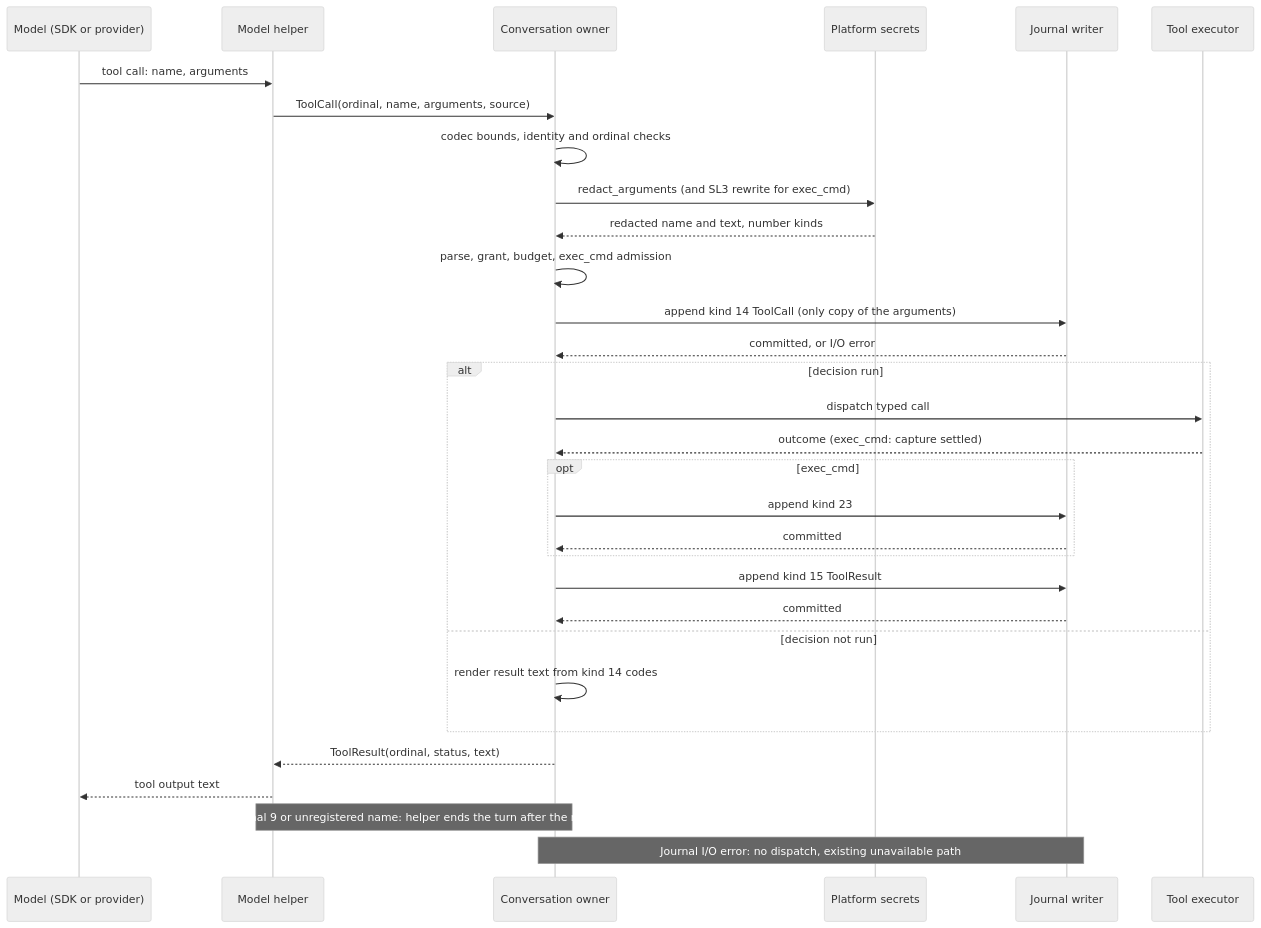
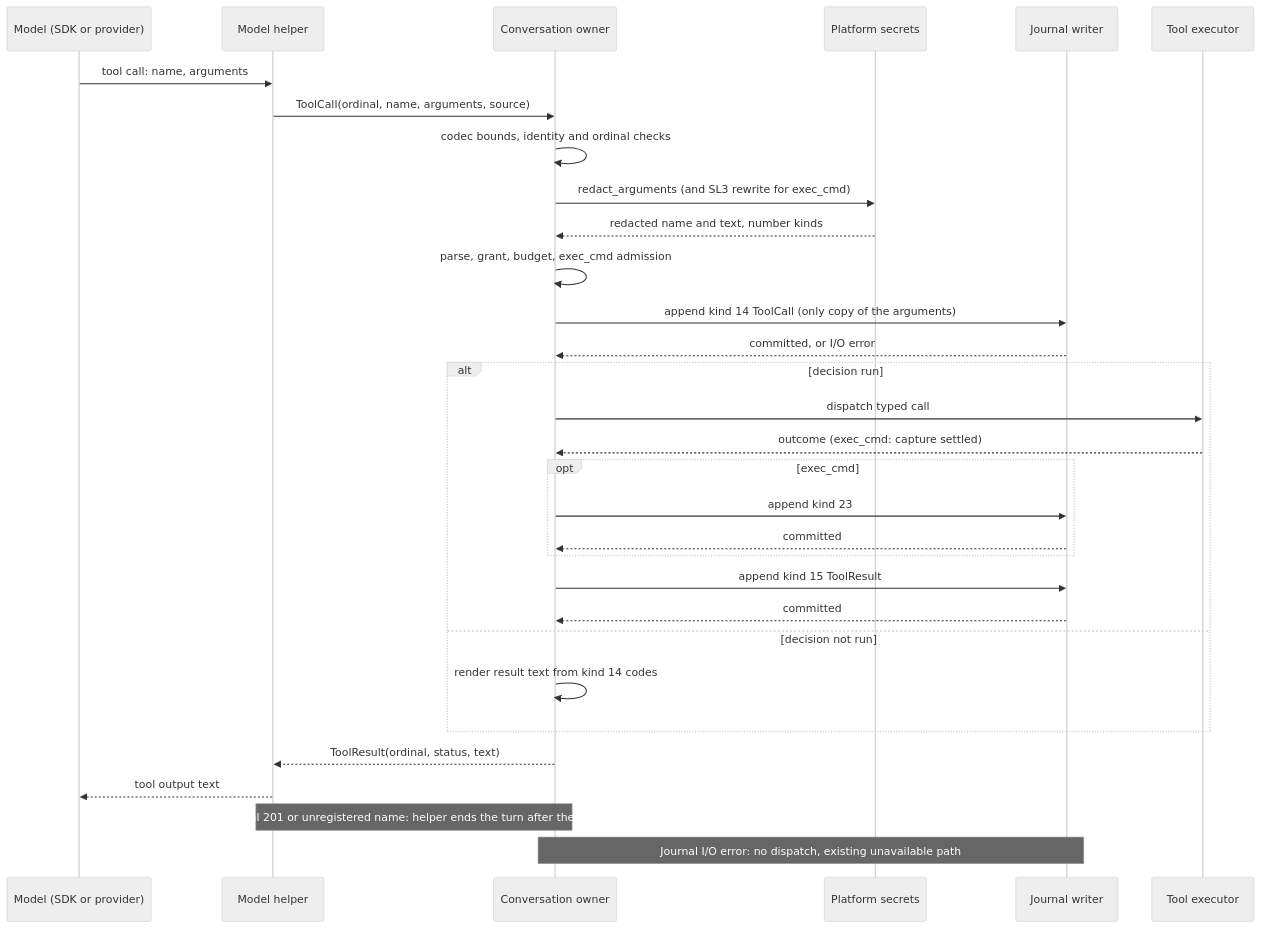
The fourth of 4 diagrams in docs/designs/tool-call-records.md (pidster/asura), drawn with Mermaid (neutral theme) before and after one commit. The commit also changed other lines of this file and 57 other files, not shown here.

````diff
--- a/docs/designs/tool-call-records.md
+++ b/docs/designs/tool-call-records.md
@@ -631,33 +663,33 @@
 ```mermaid
 sequenceDiagram
     participant M as Model (SDK or provider)
     participant H as Model helper
     participant S as Conversation owner
     participant R as Platform secrets
     participant J as Journal writer
     participant X as Tool executor
     M->>H: tool call: name, arguments
     H->>S: ToolCall(ordinal, name, arguments, source)
     S->>S: codec bounds, identity and ordinal checks
     S->>R: redact_arguments (and SL3 rewrite for exec_cmd)
     R-->>S: redacted name and text, number kinds
     S->>S: parse, grant, budget, exec_cmd admission
     S->>J: append kind 14 ToolCall (only copy of the arguments)
     J-->>S: committed, or I/O error
     alt decision run
         S->>X: dispatch typed call
         X-->>S: outcome (exec_cmd: capture settled)
         opt exec_cmd
             S->>J: append kind 23
             J-->>S: committed
         end
         S->>J: append kind 15 ToolResult
         J-->>S: committed
     else decision not run
         S->>S: render result text from kind 14 codes
     end
     S-->>H: ToolResult(ordinal, status, text)
     H-->>M: tool output text
-    Note over H,S: Ordinal 9 or unregistered name: helper ends the turn after the result
+    Note over H,S: Ordinal 201 or unregistered name: helper ends the turn after the result
     Note over S,J: Journal I/O error: no dispatch, existing unavailable path
 ```
````
